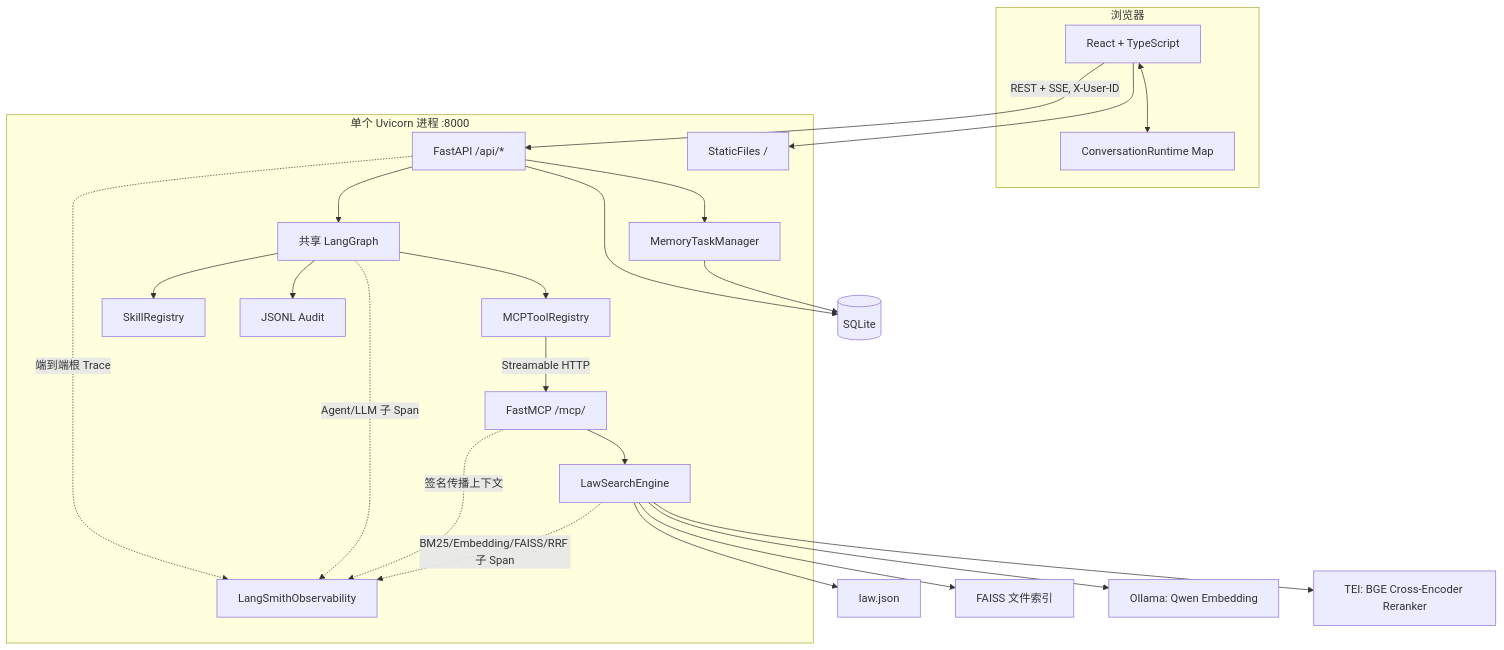
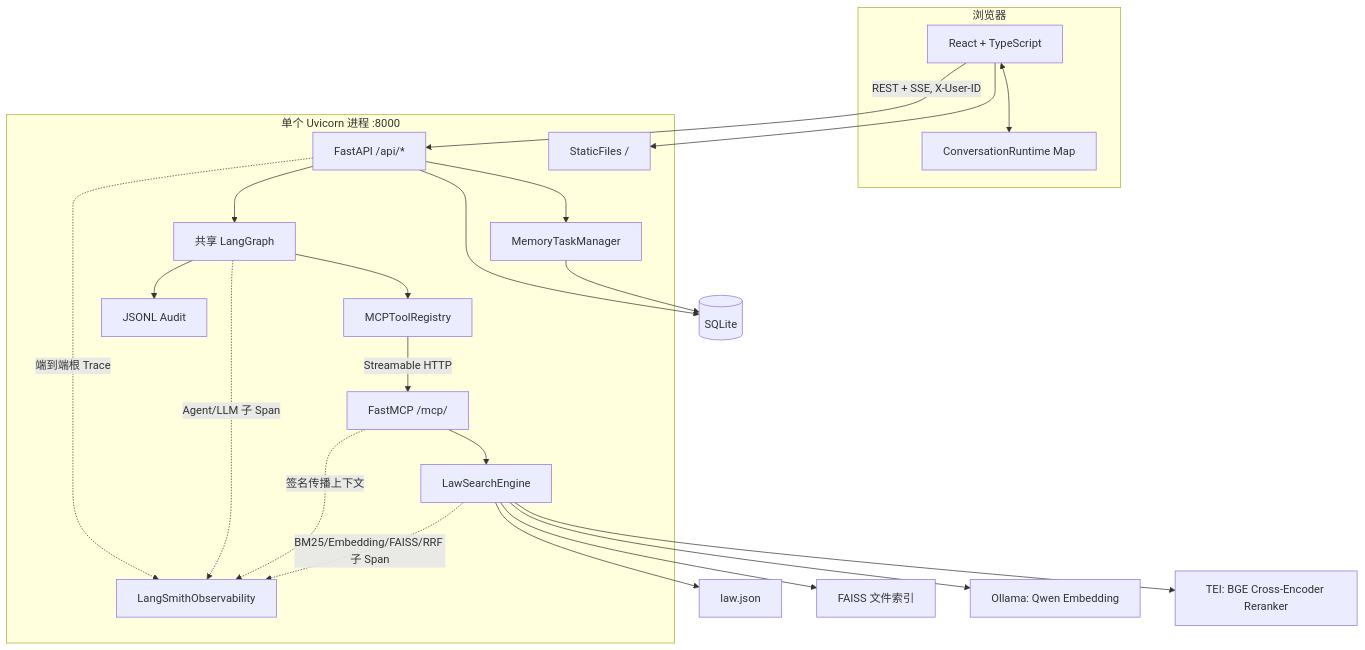
Before and after one commit to Vinn7/LawStation: the first of 3 diagrams in resume/architecture.md, drawn with Mermaid. The commit also changed other lines of this file and 68 other files, not shown here.

````diff
--- a/resume/architecture.md
+++ b/resume/architecture.md
@@ -19,41 +24,39 @@
 ```mermaid
 flowchart TB
     subgraph Browser["浏览器"]
         UI["React + TypeScript"]
         CACHE["ConversationRuntime Map"]
         UI <--> CACHE
     end
 
     subgraph Process["单个 Uvicorn 进程 :8000"]
         API["FastAPI /api/*"]
         STATIC["StaticFiles /"]
         MCP["FastMCP /mcp/"]
         GRAPH["共享 LangGraph"]
         REGISTRY["MCPToolRegistry"]
-        SKILLS["SkillRegistry"]
         MEMORY["MemoryTaskManager"]
         RAG["LawSearchEngine"]
         AUDIT["JSONL Audit"]
         OBS["LangSmithObservability"]
     end
 
     UI -->|"REST + SSE, X-User-ID"| API
     UI --> STATIC
     API --> GRAPH
-    GRAPH --> SKILLS
     GRAPH --> REGISTRY
     REGISTRY -->|"Streamable HTTP"| MCP
     MCP --> RAG
     API --> MEMORY
     API --> DB[("SQLite")]
     MEMORY --> DB
     GRAPH --> AUDIT
     API -. "端到端根 Trace" .-> OBS
     GRAPH -. "Agent/LLM 子 Span" .-> OBS
     MCP -. "签名传播上下文" .-> OBS
     RAG -. "BM25/Embedding/FAISS/RRF 子 Span" .-> OBS
     RAG --> LAW["law.json"]
     RAG --> INDEX["FAISS 文件索引"]
     RAG --> OLLAMA["Ollama: Qwen Embedding"]
     RAG --> TEI["TEI: BGE Cross-Encoder Reranker"]
 ```
````
